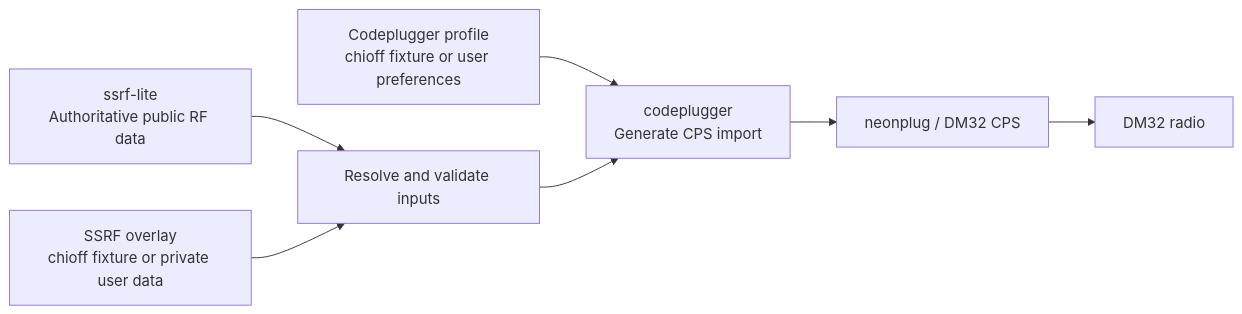
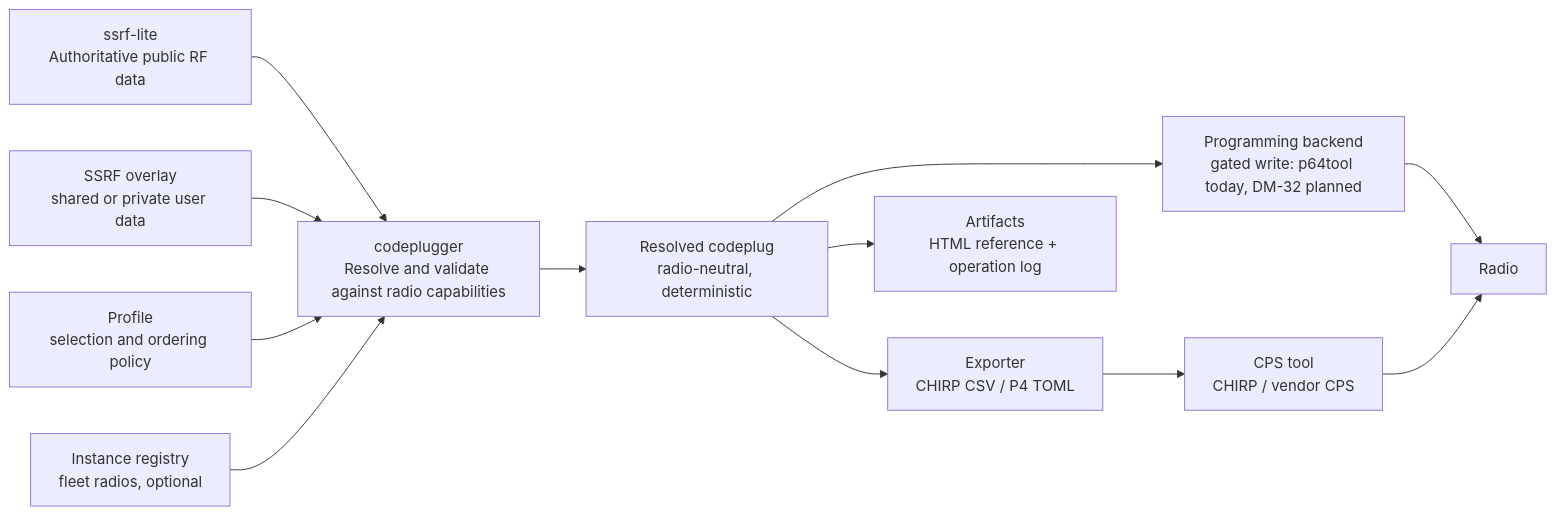
One commit to Chicago-Offline/codeplugger changed the diagram in README.md. Above: the diagram before and after it, drawn with Mermaid. The commit also changed other lines of this file and 2 other files, not shown here.

Commit message:
Document intent, vision, and plan
Add docs/plan.md capturing the general-purpose codeplug compiler
vision, current state, and the DM-32 headless programming roadmap.
Refresh the README intro, replace the stale initial-scope section,
and update the workflow diagram to the implemented resolve/export/
backend shape.

````diff
--- a/README.md
+++ b/README.md
@@ -9,17 +15,23 @@
 ```mermaid
 flowchart LR
     public["ssrf-lite<br/>Authoritative public RF data"]
-  private["SSRF overlay<br/>chioff fixture or private user data"]
-  profiles["Codeplugger profile<br/>chioff fixture or user preferences"]
-    merge["Resolve and validate inputs"]
-    codeplugger["codeplugger<br/>Generate CPS import"]
-    cps["neonplug / DM32 CPS"]
-    radio["DM32 radio"]
+    private["SSRF overlay<br/>shared or private user data"]
+    profile["Profile<br/>selection and ordering policy"]
+    registry["Instance registry<br/>fleet radios, optional"]
+    resolve["codeplugger<br/>Resolve and validate against radio capabilities"]
+    resolved["Resolved codeplug<br/>radio-neutral, deterministic"]
+    backend["Programming backend<br/>gated write: p64tool today, DM-32 planned"]
+    exporter["Exporter<br/>CHIRP CSV / P4 TOML"]
+    cps["CPS tool<br/>CHIRP / vendor CPS"]
+    artifacts["Artifacts<br/>HTML reference + operation log"]
+    radio["Radio"]
 
-    public --> merge
-    private --> merge
-    profiles --> codeplugger
-    merge --> codeplugger
-    codeplugger --> cps
-    cps --> radio
+    public --> resolve
+    private --> resolve
+    profile --> resolve
+    registry --> resolve
+    resolve --> resolved
+    resolved --> backend --> radio
+    resolved --> exporter --> cps --> radio
+    resolved --> artifacts
 ```
````
